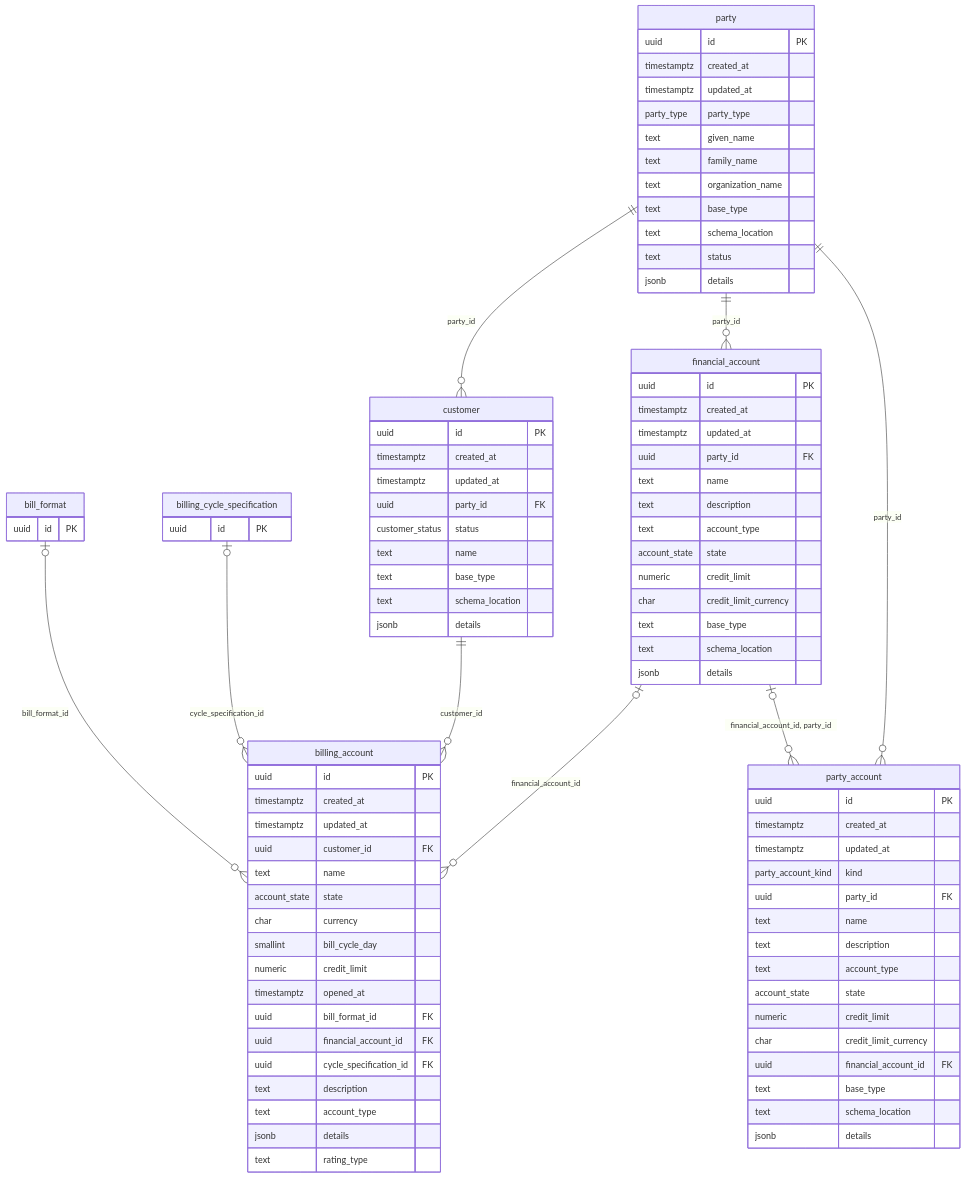
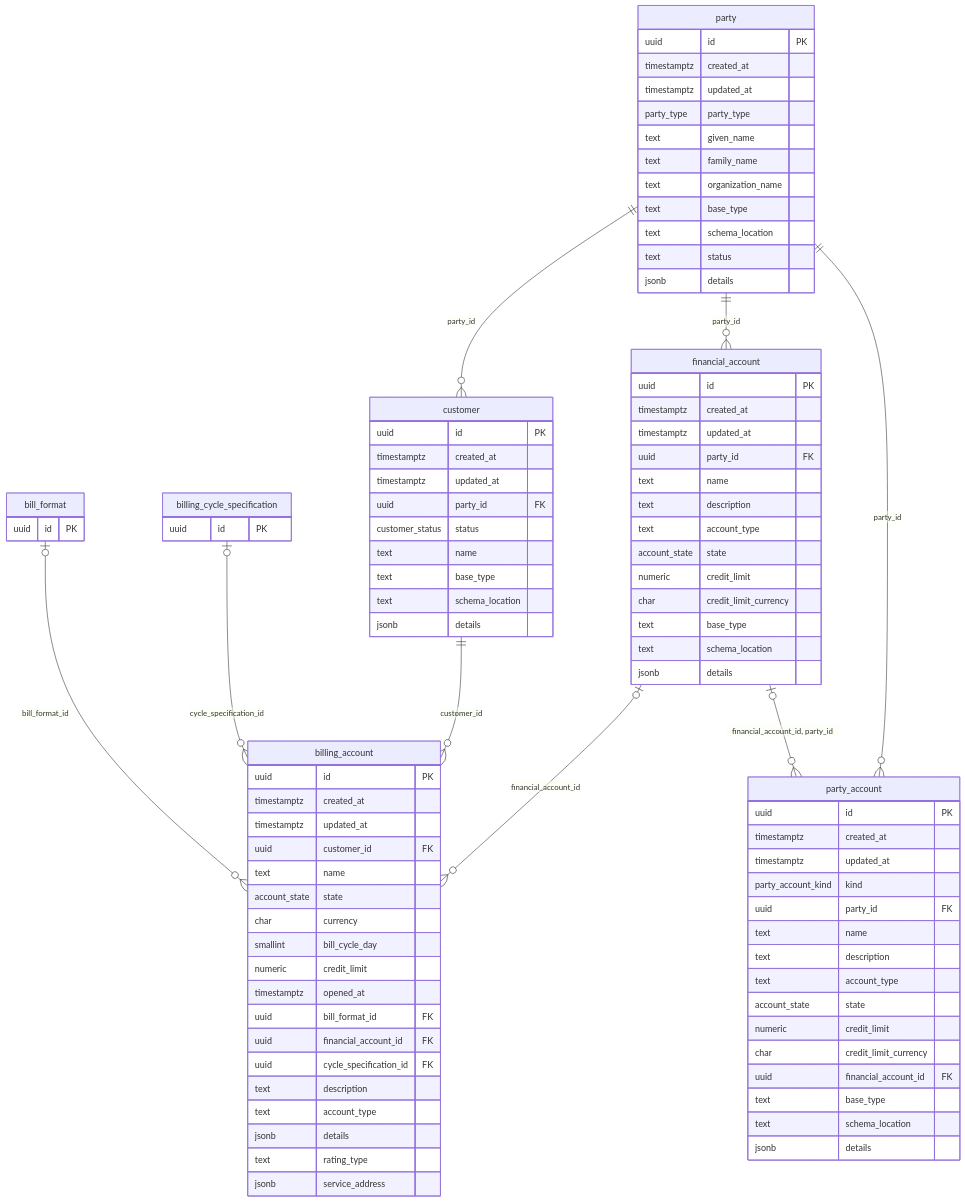
One commit to altharmz/bss changed the second of 9 diagrams in docs/db/README.md. Above: the diagram before and after it, drawn with Mermaid. The commit also changed other lines of this file and 29 other files, not shown here.

First line of the commit message:
Add the tax engine adapter and the service address for prepaid charges (Fixes #184) (#208)

```diff
--- a/docs/db/README.md
+++ b/docs/db/README.md
@@ -311,6 +315,7 @@
     text account_type
     jsonb details
     text rating_type
+    jsonb service_address
   }
   financial_account {
     uuid id PK
```
